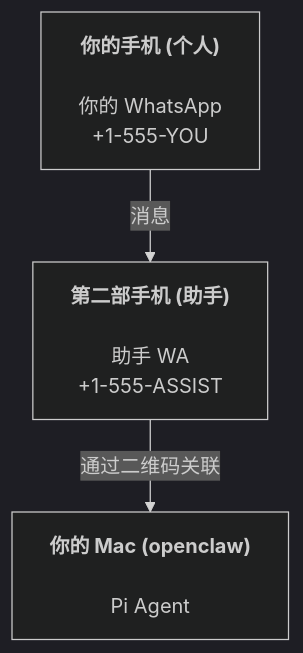
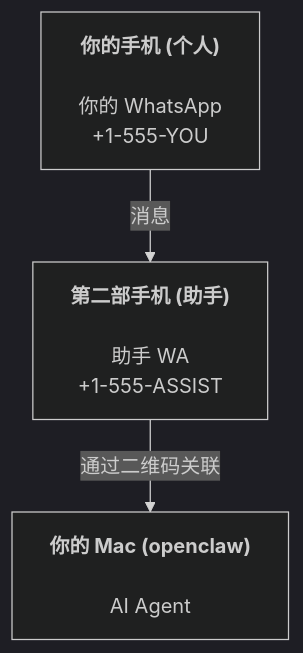
One commit to Explorer1092/openclaw-zh changed the diagram in docs/zh/start/openclaw.md. Above: the diagram before and after it, drawn with Mermaid (dark theme). The commit also changed other lines of this file and 11 other files, not shown here.

````diff
--- a/docs/zh/start/openclaw.md
+++ b/docs/zh/start/openclaw.md
@@ -35,5 +35,5 @@
 ```mermaid
 flowchart TB
     A["<b>你的手机 (个人)<br></b><br>你的 WhatsApp<br>+1-555-YOU"] -- 消息 --> B["<b>第二部手机 (助手)<br></b><br>助手 WA<br>+1-555-ASSIST"]
-    B -- 通过二维码关联 --> C["<b>你的 Mac (openclaw)<br></b><br>Pi Agent"]
+    B -- 通过二维码关联 --> C["<b>你的 Mac (openclaw)<br></b><br>AI Agent"]
 ```
````
